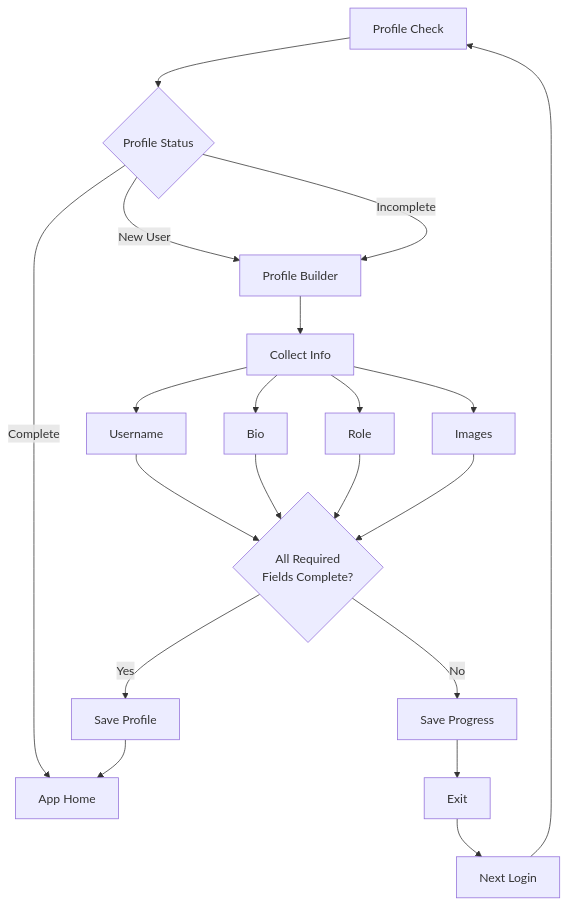
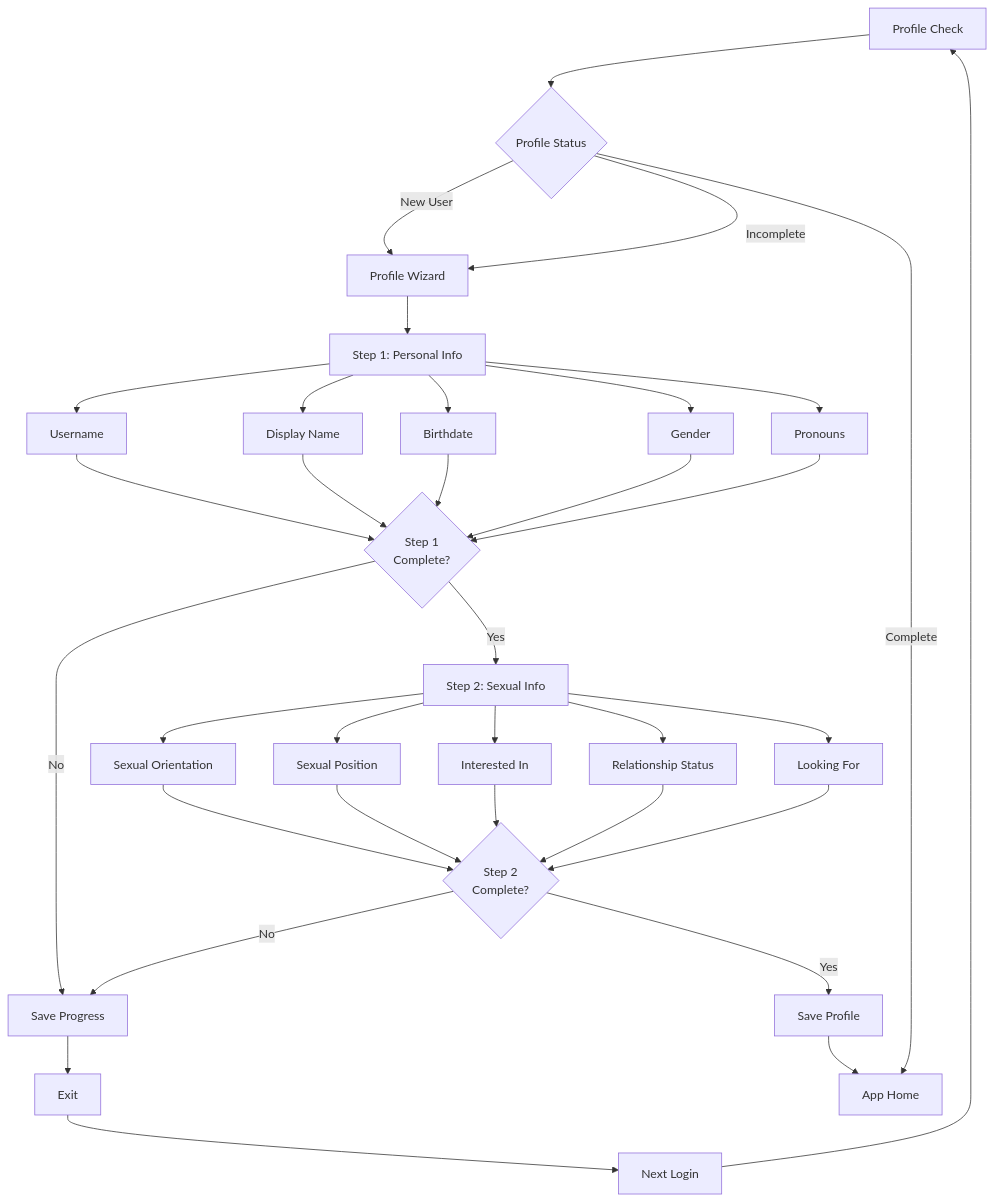
One commit to sydfernandes/rorny changed the second of 2 diagrams in docs/(Flows)/authentication-flow.md. Above: the diagram before and after it, drawn with Mermaid. The commit also changed other lines of this file and 31 other files, not shown here.

````diff
--- a/docs/(Flows)/authentication-flow.md
+++ b/docs/(Flows)/authentication-flow.md
@@ -60,22 +76,34 @@
 ```mermaid
 graph TD
     A[Profile Check] --> B{Profile Status}
-    B -->|New User| C[Profile Builder]
+    B -->|New User| C[Profile Wizard]
     B -->|Incomplete| C
     B -->|Complete| D[App Home]
     
-    C --> E[Collect Info]
-    E --> F[Username]
-    E --> G[Bio]
-    E --> H[Role]
-    E --> I[Images]
+    C --> E[Step 1: Personal Info]
+    E --> E1[Username]
+    E --> E2[Display Name]
+    E --> E3[Birthdate]
+    E --> E4[Gender]
+    E --> E5[Pronouns]
     
-    F & G & H & I --> J{All Required<br>Fields Complete?}
-    J -->|Yes| K[Save Profile]
-    J -->|No| L[Save Progress]
+    E1 & E2 & E3 & E4 & E5 --> F{Step 1<br>Complete?}
+    F -->|No| G[Save Progress]
+    F -->|Yes| H[Step 2: Sexual Info]
     
-    K --> D
-    L --> M[Exit]
-    M --> N[Next Login]
-    N --> A
+    H --> H1[Sexual Orientation]
+    H --> H2[Sexual Position]
+    H --> H3[Interested In]
+    H --> H4[Relationship Status]
+    H --> H5[Looking For]
+    
+    H1 & H2 & H3 & H4 & H5 --> I{Step 2<br>Complete?}
+    I -->|No| G
+    I -->|Yes| J[Save Profile]
+    
+    G --> K[Exit]
+    K --> L[Next Login]
+    L --> A
+    
+    J --> D
 ```
````
